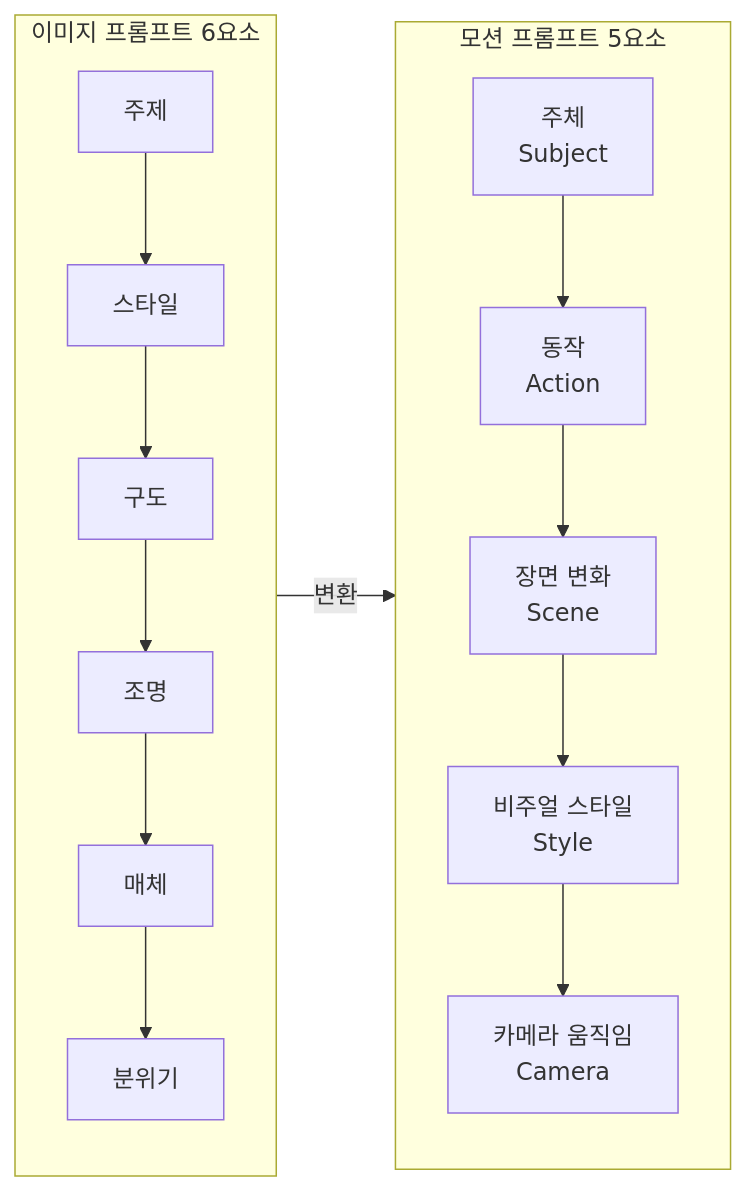
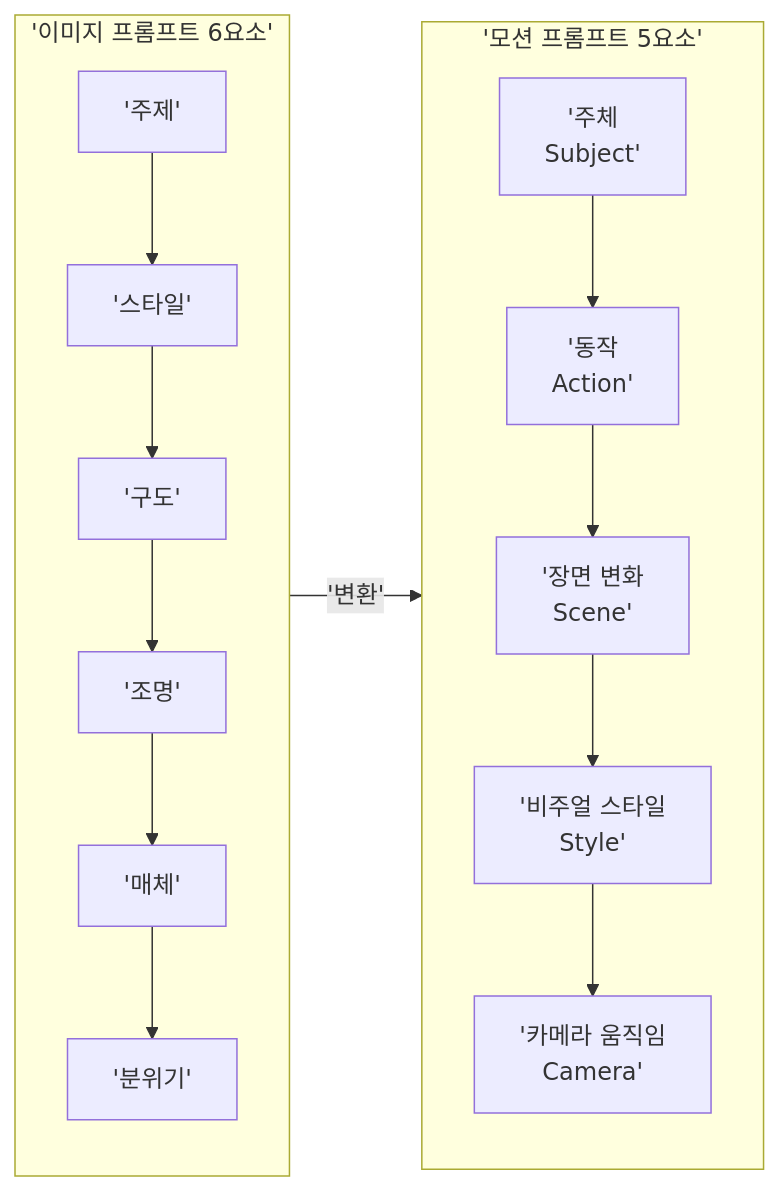
Before and after one commit to jsonpassion/forge-tutorial-promptcanvas: the second of 3 diagrams in 10-ch10-midjourney-영상-생성/02-02-image-to-video-정지-이미지에-생명-불어넣기.md, drawn with Mermaid. The commit also changed other lines of this file and 63 other files, not shown here.

````diff
--- a/10-ch10-midjourney-영상-생성/02-02-image-to-video-정지-이미지에-생명-불어넣기.md
+++ b/10-ch10-midjourney-영상-생성/02-02-image-to-video-정지-이미지에-생명-불어넣기.md
@@ -77,19 +60,19 @@
 ```mermaid
 flowchart LR
-    subgraph IMG["이미지 프롬프트 6요소"]
-        I1["주제"] --> I2["스타일"]
-        I2 --> I3["구도"]
-        I3 --> I4["조명"]
-        I4 --> I5["매체"]
-        I5 --> I6["분위기"]
+    subgraph IMG['이미지 프롬프트 6요소']
+        I1['주제'] --> I2['스타일']
+        I2 --> I3['구도']
+        I3 --> I4['조명']
+        I4 --> I5['매체']
+        I5 --> I6['분위기']
     end
 
-    subgraph VID["모션 프롬프트 5요소"]
-        V1["주체<br/>Subject"] --> V2["동작<br/>Action"]
-        V2 --> V3["장면 변화<br/>Scene"]
-        V3 --> V4["비주얼 스타일<br/>Style"]
-        V4 --> V5["카메라 움직임<br/>Camera"]
+    subgraph VID['모션 프롬프트 5요소']
+        V1['주체<br/>Subject'] --> V2['동작<br/>Action']
+        V2 --> V3['장면 변화<br/>Scene']
+        V3 --> V4['비주얼 스타일<br/>Style']
+        V4 --> V5['카메라 움직임<br/>Camera']
     end
 
-    IMG -- "변환" --> VID
+    IMG -- '변환' --> VID
 ```
````
